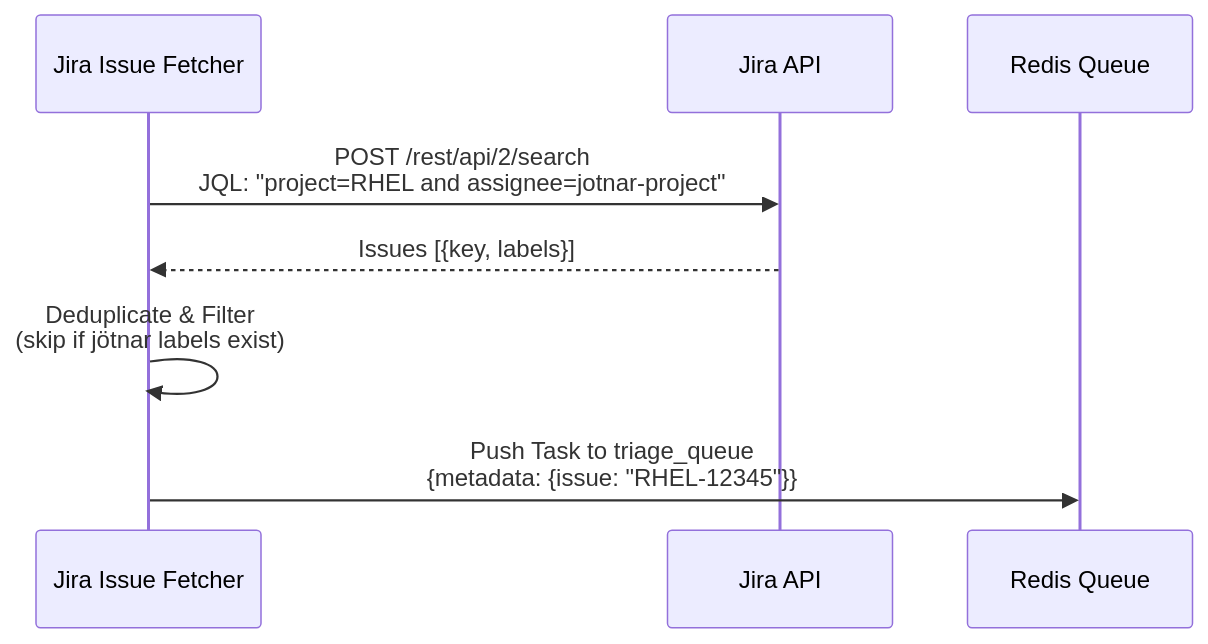
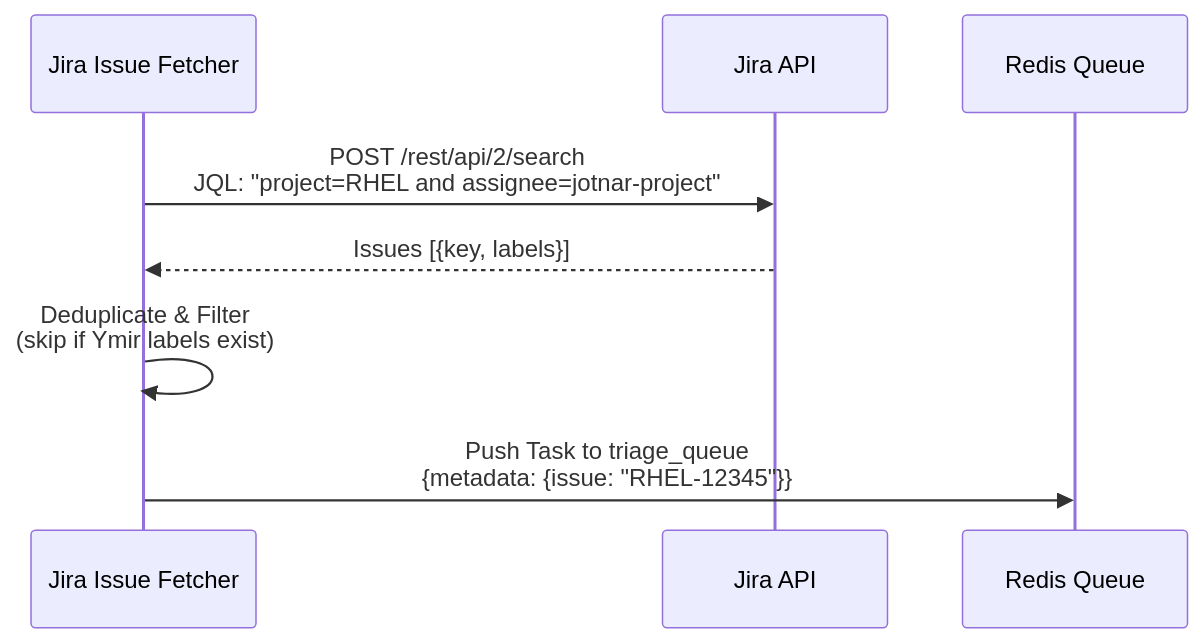
Before and after one commit to packit/ai-workflows: the second of 5 diagrams in jira_data_flow.md, drawn with Mermaid. The commit also changed other lines of this file and 28 other files, not shown here.

First line of the commit message:
Rename Jotnar to Ymir in user-visible text and Jira labels

````diff
--- a/jira_data_flow.md
+++ b/jira_data_flow.md
@@ -80,11 +80,11 @@
 ```mermaid
 sequenceDiagram
     participant Fetcher as Jira Issue Fetcher
     participant Jira as Jira API
     participant Redis as Redis Queue
 
     Fetcher->>Jira: POST /rest/api/2/search<br/>JQL: "project=RHEL and assignee=jotnar-project"
     Jira-->>Fetcher: Issues [{key, labels}]
-    Fetcher->>Fetcher: Deduplicate & Filter<br/>(skip if jötnar labels exist)
+    Fetcher->>Fetcher: Deduplicate & Filter<br/>(skip if Ymir labels exist)
     Fetcher->>Redis: Push Task to triage_queue<br/>{metadata: {issue: "RHEL-12345"}}
 ```
````
